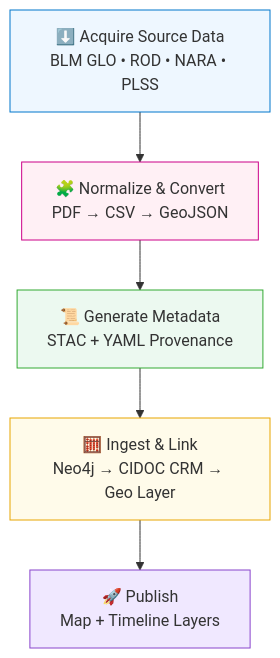
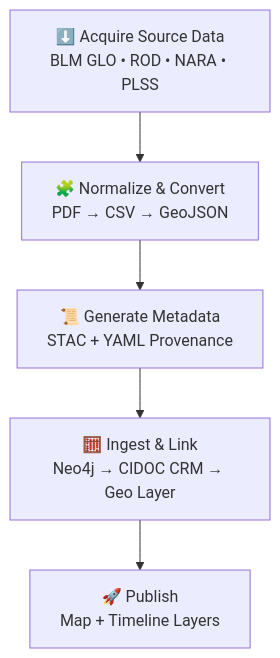
One commit to bartytime4life/Kansas-Frontier-Matrix changed the diagram in docs/integration/deeds.md. Above: the diagram before and after it, drawn with Mermaid. The commit also changed other lines of this file, not shown here.

````diff
--- a/docs/integration/deeds.md
+++ b/docs/integration/deeds.md
@@ -53,12 +101,8 @@
 ```mermaid
 flowchart TD
     A["⬇️ Acquire Source Data<br/>BLM GLO • ROD • NARA • PLSS"] --> B["🧩 Normalize & Convert<br/>PDF → CSV → GeoJSON"]
     B --> C["📜 Generate Metadata<br/>STAC + YAML Provenance"]
     C --> D["🧮 Ingest & Link<br/>Neo4j → CIDOC CRM → Geo Layer"]
     D --> E["🚀 Publish<br/>Map + Timeline Layers"]
-    style A fill:#eef7ff,stroke:#0077cc
-    style B fill:#fff0f5,stroke:#cc0088
-    style C fill:#ecf9f0,stroke:#33aa33
-    style D fill:#fffbea,stroke:#e8a500
-    style E fill:#f0e8ff,stroke:#8844cc
+%% END OF MERMAID
 ```
````
